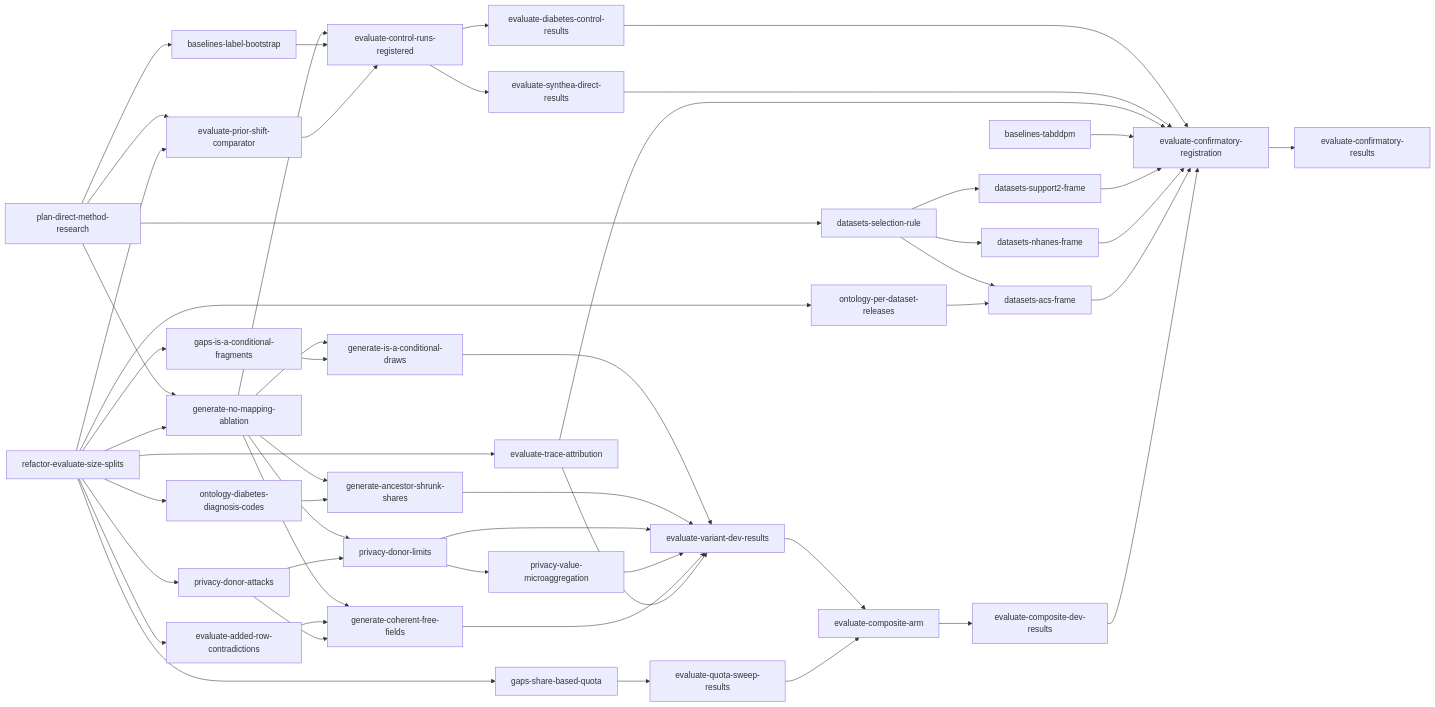
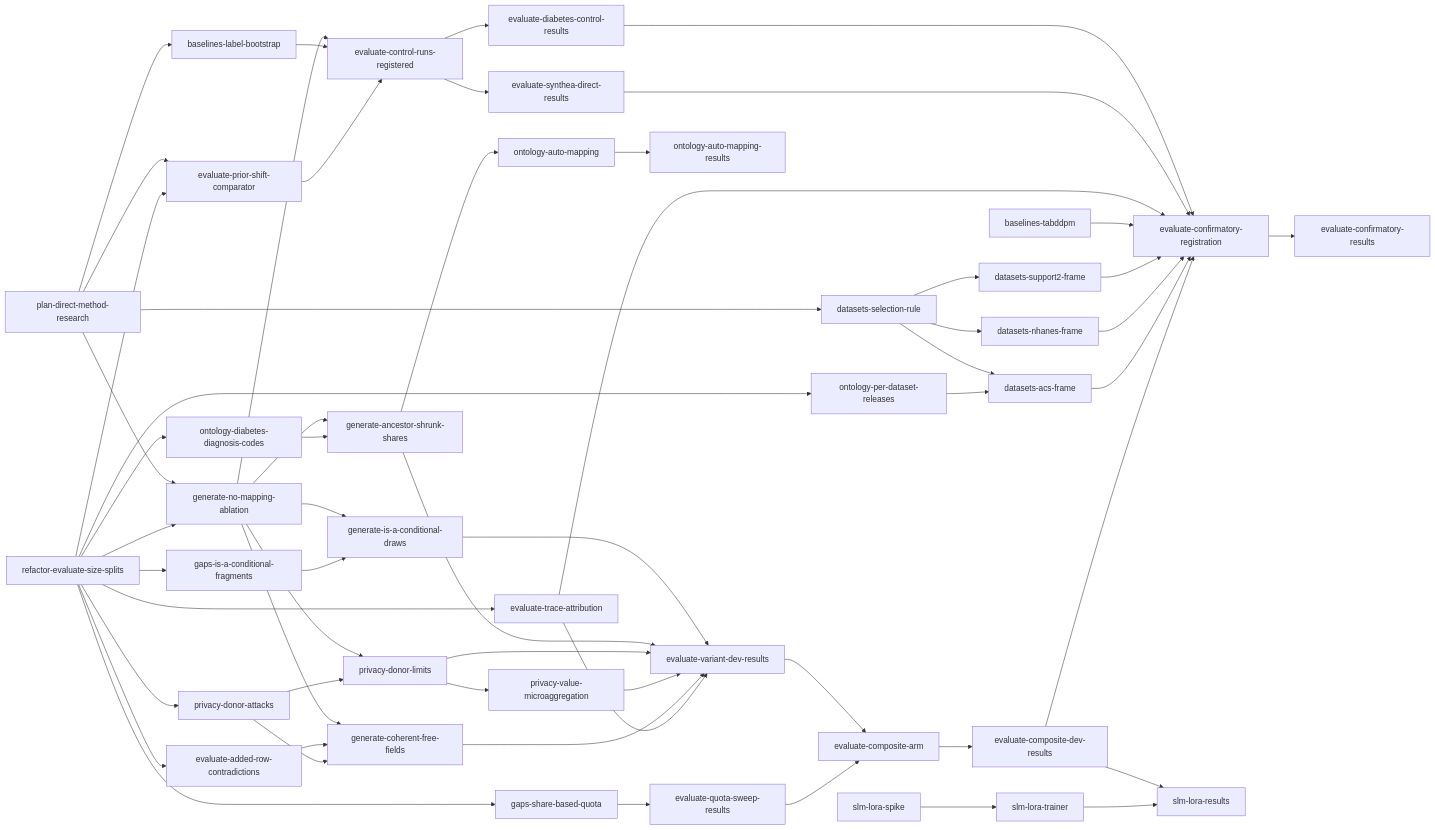
One commit to joe-dartmouth/synthetic changed the diagram in tasks/direct-index.md. Above: the diagram before and after it, drawn with Mermaid. The commit also changed other lines of this file and 9 other files, not shown here.

````diff
--- a/tasks/direct-index.md
+++ b/tasks/direct-index.md
@@ -67,54 +77,59 @@
 ```mermaid
 flowchart LR
     u1[plan-direct-method-research] --> u3[generate-no-mapping-ablation]
     u2[refactor-evaluate-size-splits] --> u3
     u1 --> u4[baselines-label-bootstrap]
     u1 --> u5[evaluate-prior-shift-comparator]
     u2 --> u5
     u3 --> u6[evaluate-control-runs-registered]
     u4 --> u6
     u5 --> u6
     u6 --> u7[evaluate-diabetes-control-results]
     u6 --> u8[evaluate-synthea-direct-results]
     u2 --> u9[evaluate-added-row-contradictions]
     u2 --> u10[gaps-is-a-conditional-fragments]
     u3 --> u11[generate-is-a-conditional-draws]
     u10 --> u11
     u2 --> u12[ontology-diabetes-diagnosis-codes]
     u3 --> u13[generate-ancestor-shrunk-shares]
     u12 --> u13
     u2 --> u14[privacy-donor-attacks]
     u3 --> u15[privacy-donor-limits]
     u14 --> u15
     u15 --> u16[privacy-value-microaggregation]
     u3 --> u17[generate-coherent-free-fields]
     u9 --> u17
     u14 --> u17
     u2 --> u18[evaluate-trace-attribution]
     u11 --> u19[evaluate-variant-dev-results]
     u13 --> u19
     u15 --> u19
     u16 --> u19
     u17 --> u19
     u18 --> u19
     u2 --> u20[gaps-share-based-quota]
     u20 --> u21[evaluate-quota-sweep-results]
     u1 --> u23[datasets-selection-rule]
     u2 --> u24[ontology-per-dataset-releases]
     u23 --> u25[datasets-support2-frame]
     u23 --> u26[datasets-nhanes-frame]
     u23 --> u27[datasets-acs-frame]
     u24 --> u27
     u19 --> u28[evaluate-composite-arm]
     u21 --> u28
     u28 --> u29[evaluate-composite-dev-results]
     u7 --> u30[evaluate-confirmatory-registration]
     u8 --> u30
     u18 --> u30
     u22[baselines-tabddpm] --> u30
     u25 --> u30
     u26 --> u30
     u27 --> u30
     u29 --> u30
     u30 --> u31[evaluate-confirmatory-results]
+    u13 --> u32[ontology-auto-mapping]
+    u32 --> u33[ontology-auto-mapping-results]
+    u34[slm-lora-spike] --> u35[slm-lora-trainer]
+    u29 --> u36[slm-lora-results]
+    u35 --> u36
 ```
````
